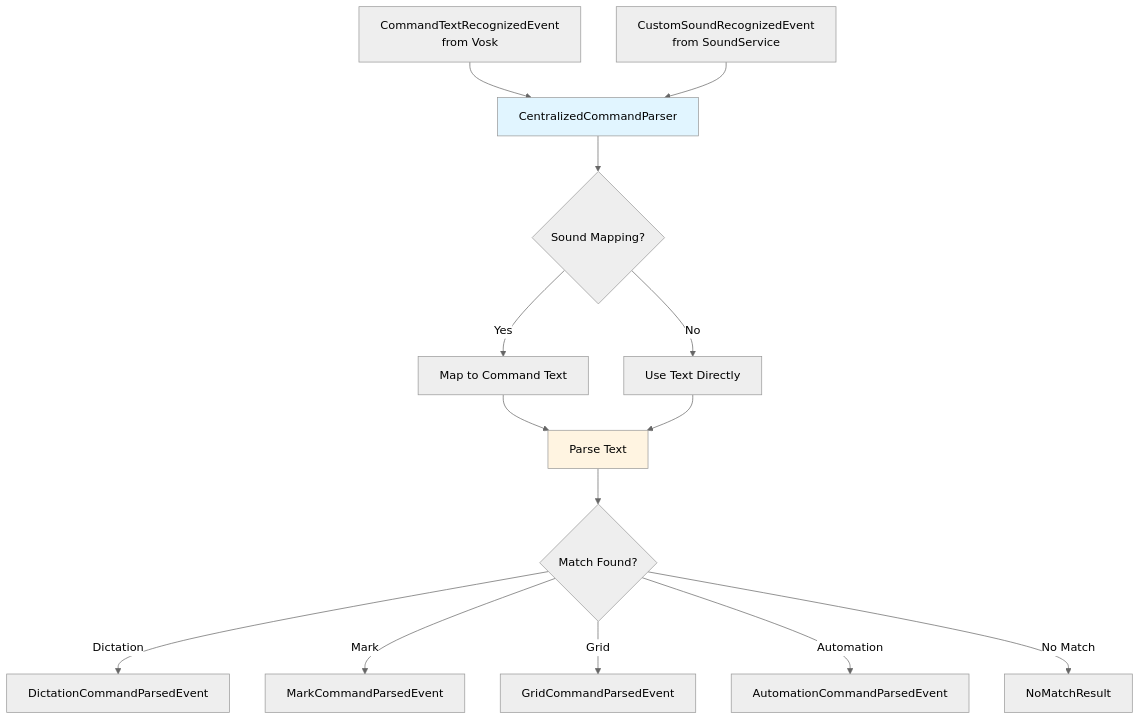
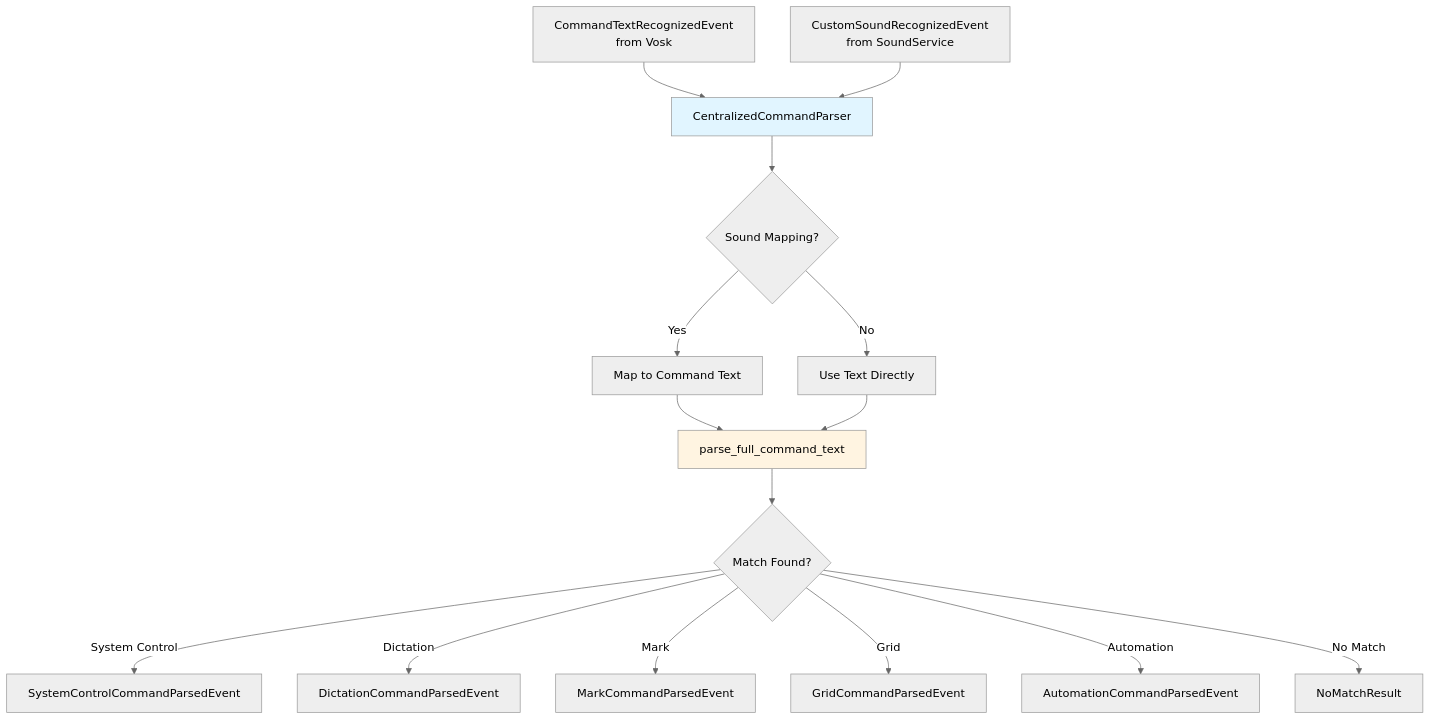
The diagram in docs/developer/command_parsing.rst (rick12000/vocalance), drawn with Mermaid (neutral theme) before and after one commit. The commit also changed other lines of this file and 7 other files, not shown here.

```diff
--- a/docs/developer/command_parsing.rst
+++ b/docs/developer/command_parsing.rst
@@ -11,22 +11,23 @@
 .. mermaid::
 
    flowchart TD
        A[CommandTextRecognizedEvent<br/>from Vosk] --> B[CentralizedCommandParser]
        C[CustomSoundRecognizedEvent<br/>from SoundService] --> B
 
        B --> E{Sound Mapping?}
        E -->|Yes| F[Map to Command Text]
        E -->|No| G[Use Text Directly]
 
-       F --> H[Parse Text]
+       F --> H[parse_full_command_text]
        G --> H
 
        H --> I{Match Found?}
+       I -->|System Control| P[SystemControlCommandParsedEvent]
        I -->|Dictation| J[DictationCommandParsedEvent]
        I -->|Mark| K[MarkCommandParsedEvent]
        I -->|Grid| L[GridCommandParsedEvent]
        I -->|Automation| M[AutomationCommandParsedEvent]
        I -->|No Match| N[NoMatchResult]
 
        style B fill:#e1f5ff
        style H fill:#fff4e1
```
